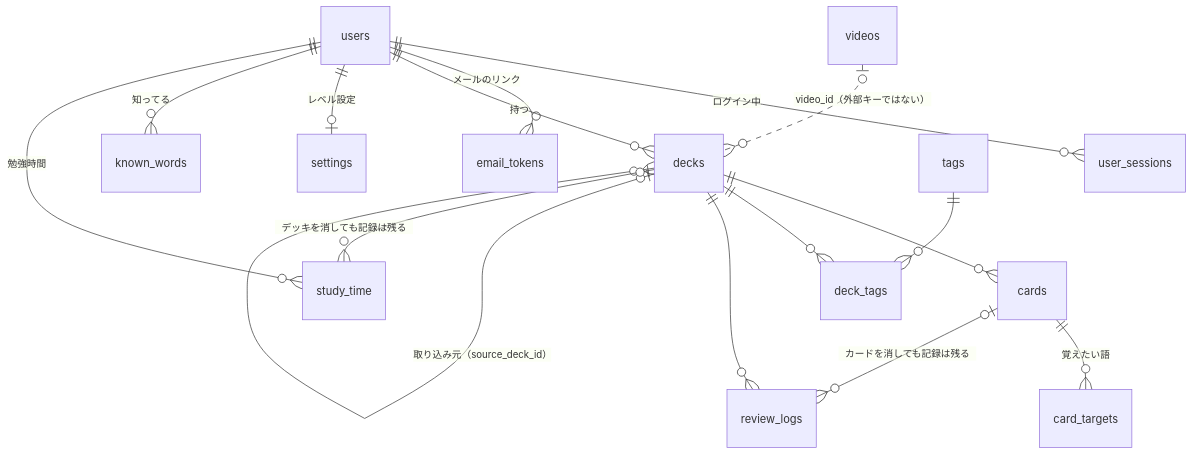
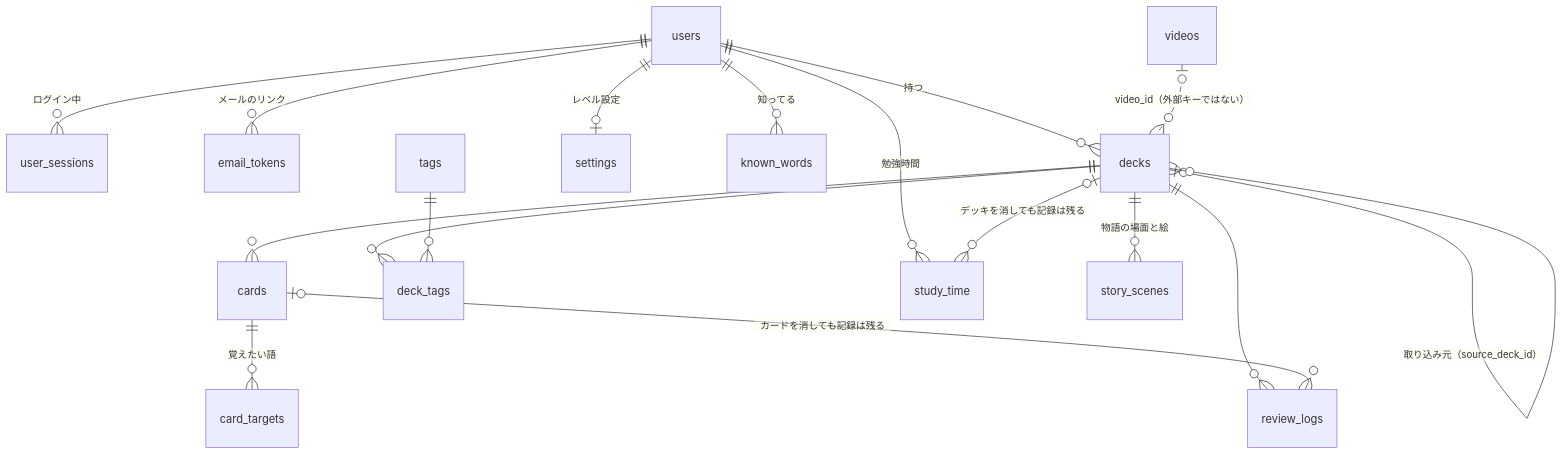
Before and after one commit to keizoku/flashcard-app: the diagram in docs/data-model.md, drawn with Mermaid. The commit also changed other lines of this file and 21 other files, not shown here.

````diff
--- a/docs/data-model.md
+++ b/docs/data-model.md
@@ -8,18 +8,19 @@
 ```mermaid
 erDiagram
   users ||--o{ user_sessions : "ログイン中"
   users ||--o{ email_tokens : "メールのリンク"
   users ||--o{ decks : "持つ"
   users ||--o| settings : "レベル設定"
   users ||--o{ known_words : "知ってる"
   decks ||--o{ cards : ""
   decks ||--o{ deck_tags : ""
   tags  ||--o{ deck_tags : ""
   cards ||--o{ card_targets : "覚えたい語"
   decks ||--o{ review_logs : ""
   cards |o--o{ review_logs : "カードを消しても記録は残る"
   decks |o--o{ decks : "取り込み元（source_deck_id）"
   videos |o..o{ decks : "video_id（外部キーではない）"
   users ||--o{ study_time : "勉強時間"
   decks |o--o{ study_time : "デッキを消しても記録は残る"
+  decks ||--o{ story_scenes : "物語の場面と絵"
 ```
````
